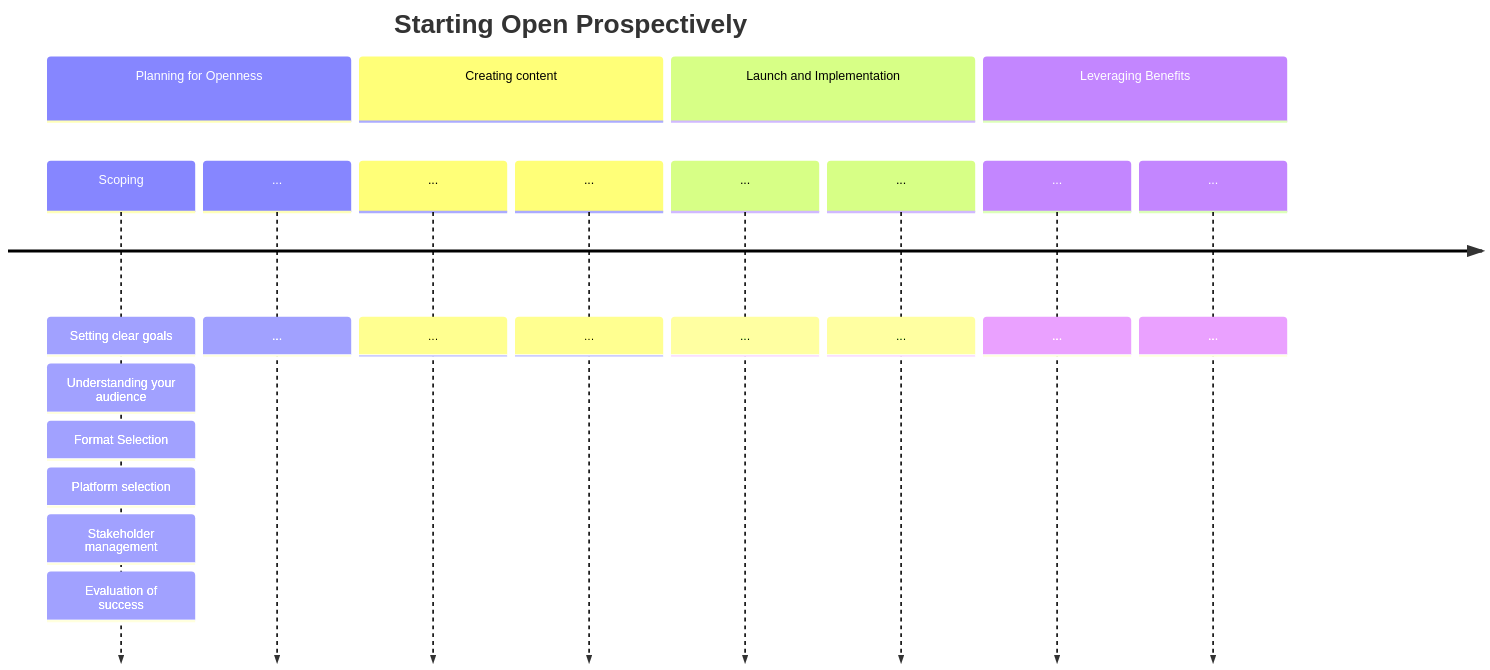
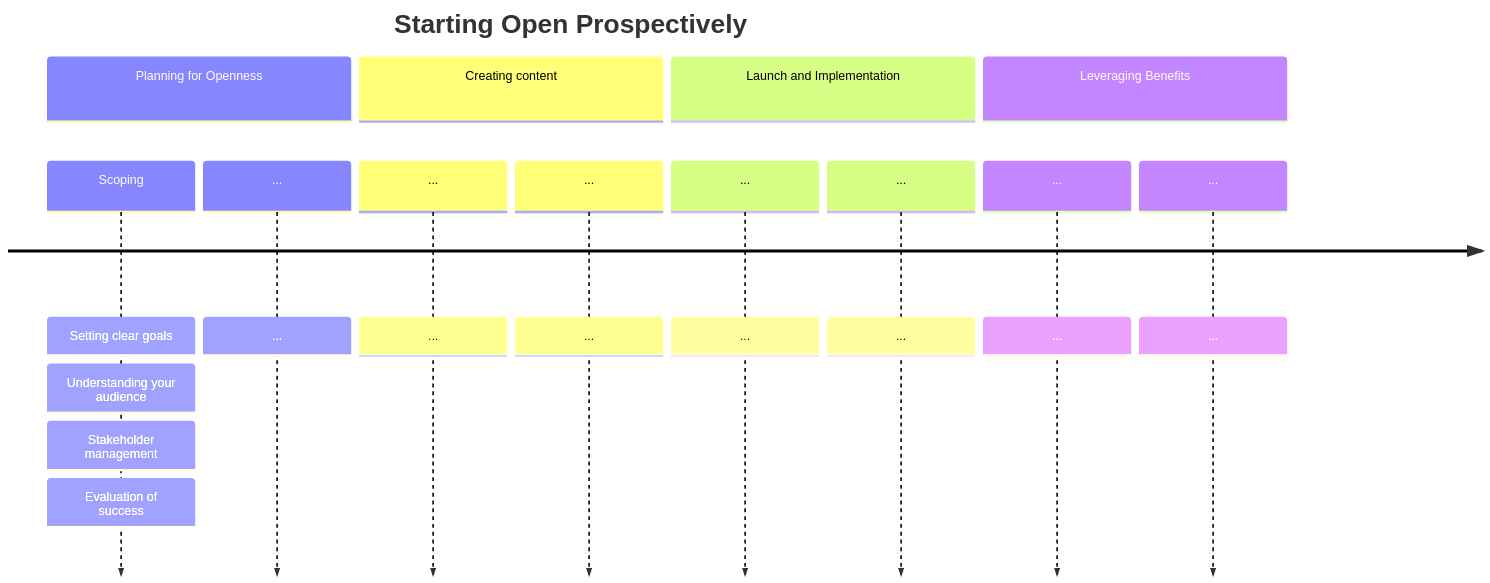
One commit to gerkovink/openeducationbook changed the first of 2 diagrams in where_to_start.qmd. Above: the diagram before and after it, drawn with Mermaid. The commit also changed other lines of this file and 22 other files, not shown here.

````diff
--- a/where_to_start.qmd
+++ b/where_to_start.qmd
@@ -150,26 +108,24 @@
 ```{mermaid}
-%%| fig-cap: Mapping the actions that need to be taken to create open educational materials prospectively. Here the actions for the scoping phase in the planning stage are added to this map. 
+%%| fig-cap: Mapping the actions that need to be taken to create OER prospectively. Here the actions for the scoping phase in the planning stage are added to this map. 
 %%| label: fig-planning_for_openness0
 
 timeline
   title Starting Open Prospectively
   section Planning for Openness
     Scoping : Setting clear goals
            : Understanding your audience
-           : Format Selection
-           : Platform selection
            : Stakeholder management
            : Evaluation of success
     ... : ...
   section Creating content
     ... : ...
     ... : ...
   section Launch and Implementation
     ... : ...
     ... : ...
   section Leveraging Benefits
     ... : ...
     ... : ...
 
                       
 ```
````
